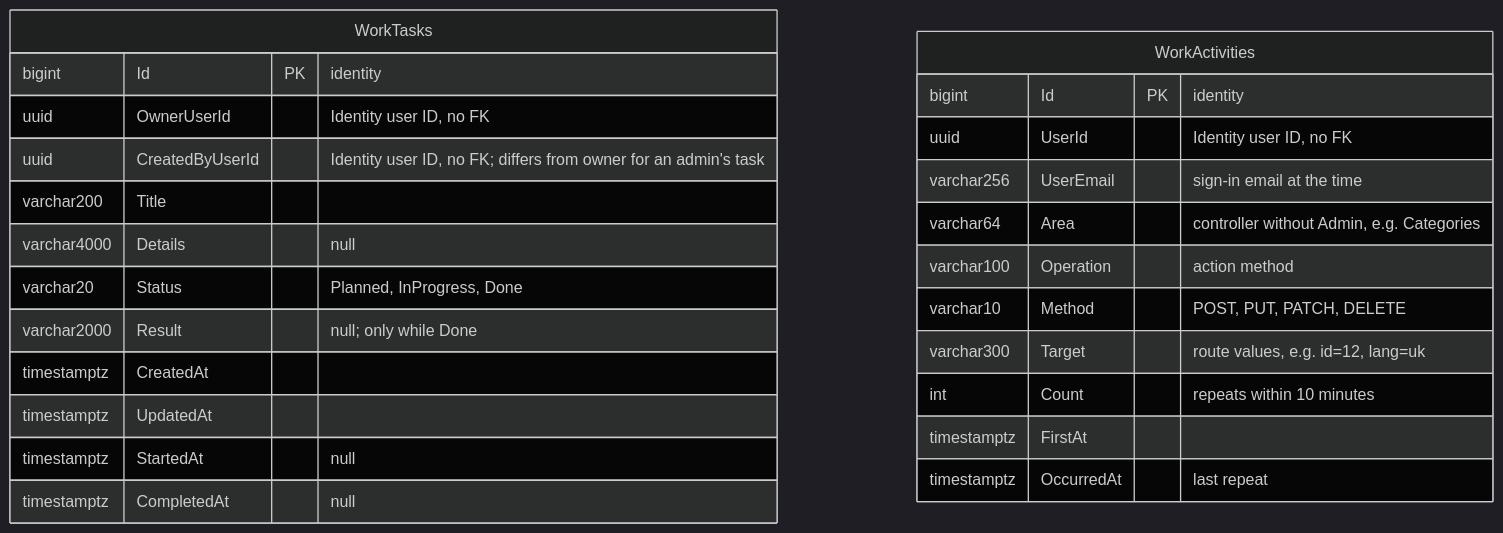
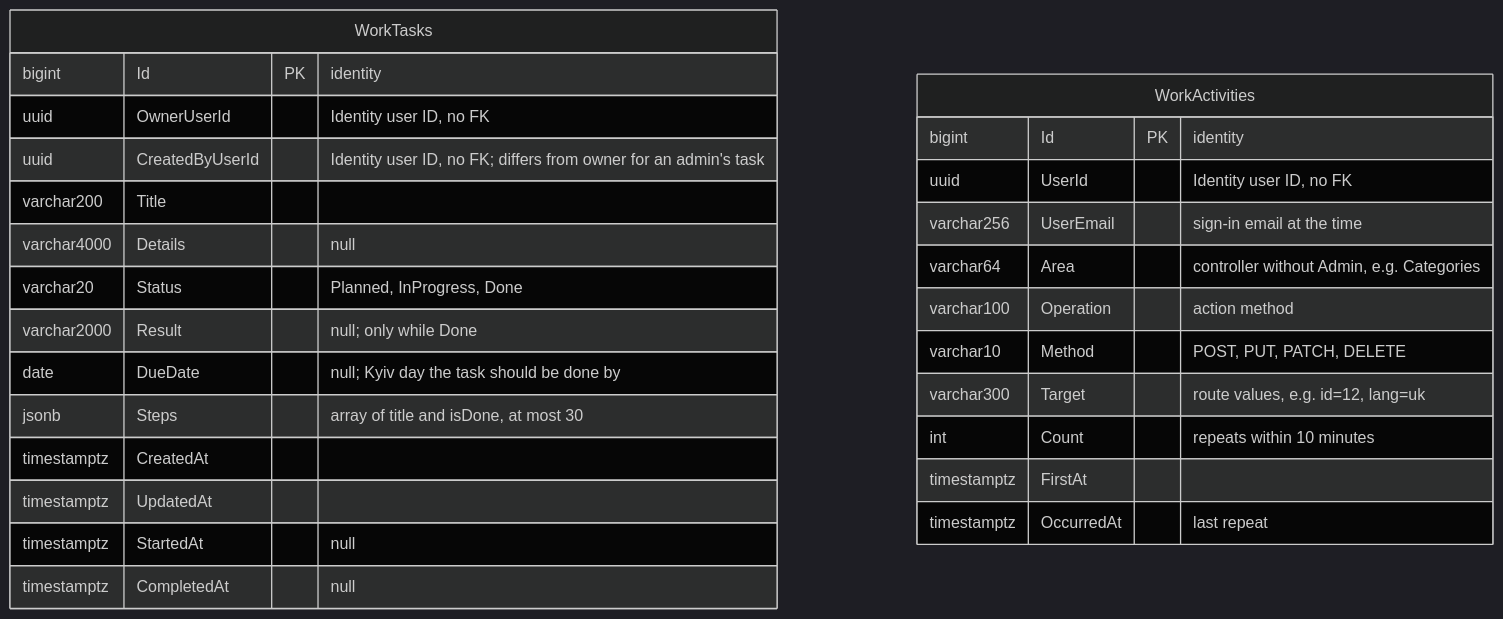
Before and after one commit to Weretik/KedrStore: the diagram in docs/sdd/architecture/data-model/work-tasks.md, drawn with Mermaid (dark theme). The commit also changed 33 other files, not shown here.

First line of the commit message:
feat(work): task steps, due date and overdue mark

````diff
--- a/docs/sdd/architecture/data-model/work-tasks.md
+++ b/docs/sdd/architecture/data-model/work-tasks.md
@@ -5,28 +5,30 @@
 ```mermaid
 erDiagram
     WorkTasks {
         bigint Id PK "identity"
         uuid OwnerUserId "Identity user ID, no FK"
         uuid CreatedByUserId "Identity user ID, no FK; differs from owner for an admin's task"
         varchar200 Title
         varchar4000 Details "null"
         varchar20 Status "Planned, InProgress, Done"
         varchar2000 Result "null; only while Done"
+        date DueDate "null; Kyiv day the task should be done by"
+        jsonb Steps "array of title and isDone, at most 30"
         timestamptz CreatedAt
         timestamptz UpdatedAt
         timestamptz StartedAt "null"
         timestamptz CompletedAt "null"
     }
     WorkActivities {
         bigint Id PK "identity"
         uuid UserId "Identity user ID, no FK"
         varchar256 UserEmail "sign-in email at the time"
         varchar64 Area "controller without Admin, e.g. Categories"
         varchar100 Operation "action method"
         varchar10 Method "POST, PUT, PATCH, DELETE"
         varchar300 Target "route values, e.g. id=12, lang=uk"
         int Count "repeats within 10 minutes"
         timestamptz FirstAt
         timestamptz OccurredAt "last repeat"
     }
 ```
````
